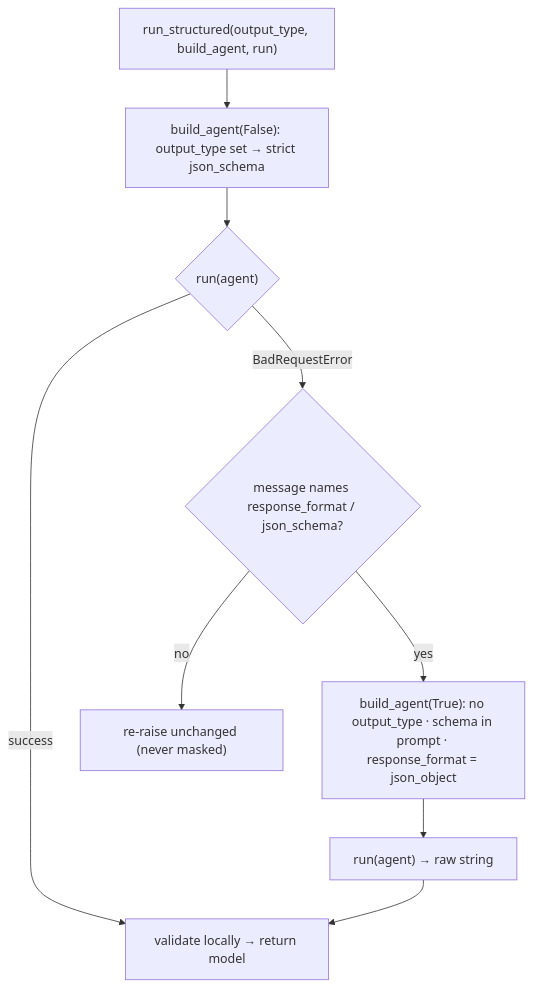
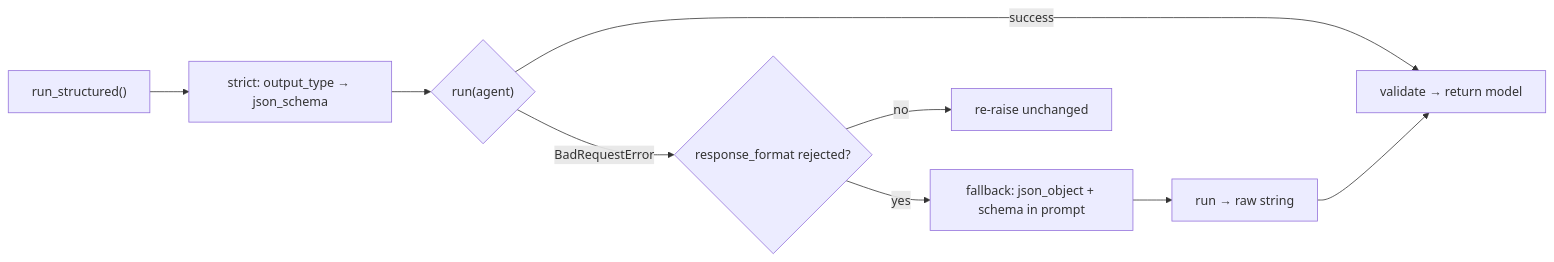
Before and after one commit to LLMQuant/quant-mind: the diagram in contexts/design/utils/structured_output.md, drawn with Mermaid. The commit also changed 1 other file, not shown here.

Commit message:
docs(contexts): make the ladder diagram LR and record a Mermaid sizing guideline
TD flowcharts stack tall because of Mermaid's large default node height, so on
GitHub a moderately complex one pushes the page down several screens. Flip the
structured-output ladder to LR with shorter node labels, and record a
compactness guideline in the design index: pick direction by the diagram's story
(LR for a linear pipeline/ladder, TD for layered structures), keep node text
short, and split past ~15-20 nodes.

````diff
--- a/contexts/design/utils/structured_output.md
+++ b/contexts/design/utils/structured_output.md
@@ -37,12 +37,10 @@
 ```mermaid
-flowchart TD
-    S["run_structured(output_type, build_agent, run)"]
-    S --> A["build_agent(False): output_type set → strict json_schema"]
+flowchart LR
+    S["run_structured()"] --> A["strict: output_type → json_schema"]
     A --> R1{"run(agent)"}
-    R1 -->|success| OK["validate locally → return model"]
-    R1 -->|BadRequestError| Q{"message names response_format / json_schema?"}
-    Q -->|no| RE["re-raise unchanged (never masked)"]
-    Q -->|yes| B["build_agent(True): no output_type · schema in prompt · response_format = json_object"]
-    B --> R2["run(agent) → raw string"]
-    R2 --> OK
+    R1 -->|success| OK["validate → return model"]
+    R1 -->|BadRequestError| Q{"response_format rejected?"}
+    Q -->|no| RE["re-raise unchanged"]
+    Q -->|yes| B["fallback: json_object + schema in prompt"]
+    B --> R2["run → raw string"] --> OK
 ```
````
